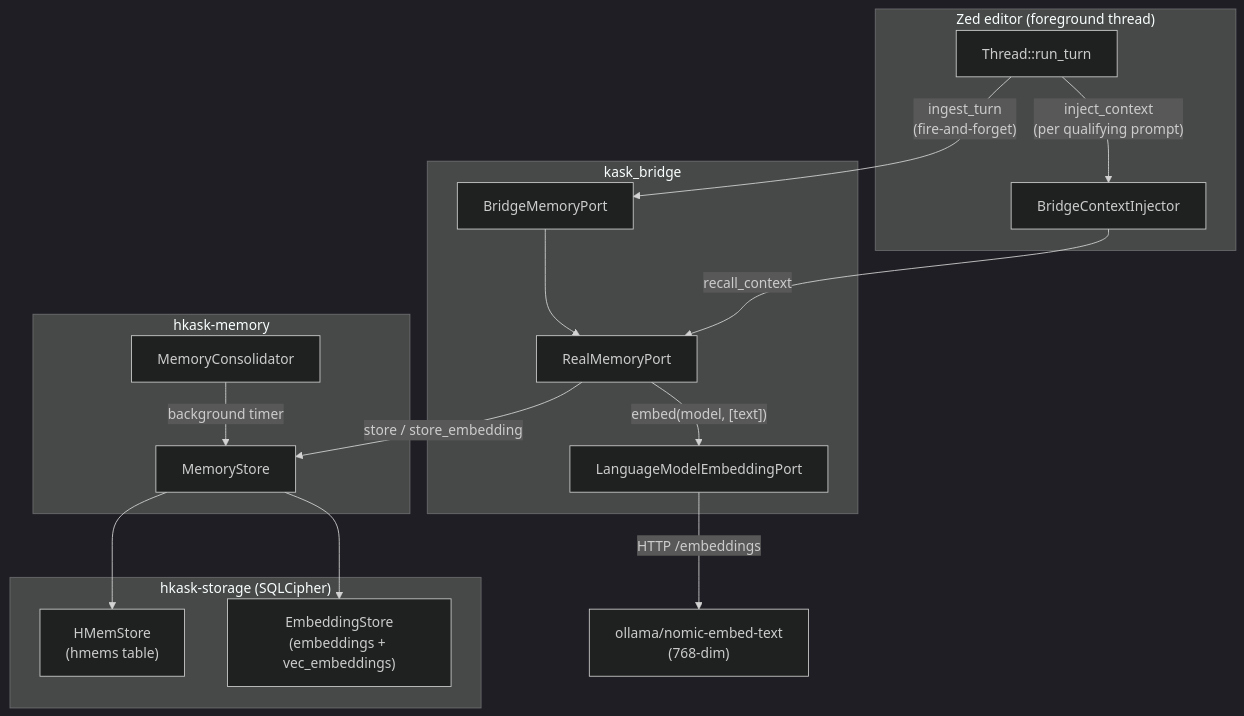
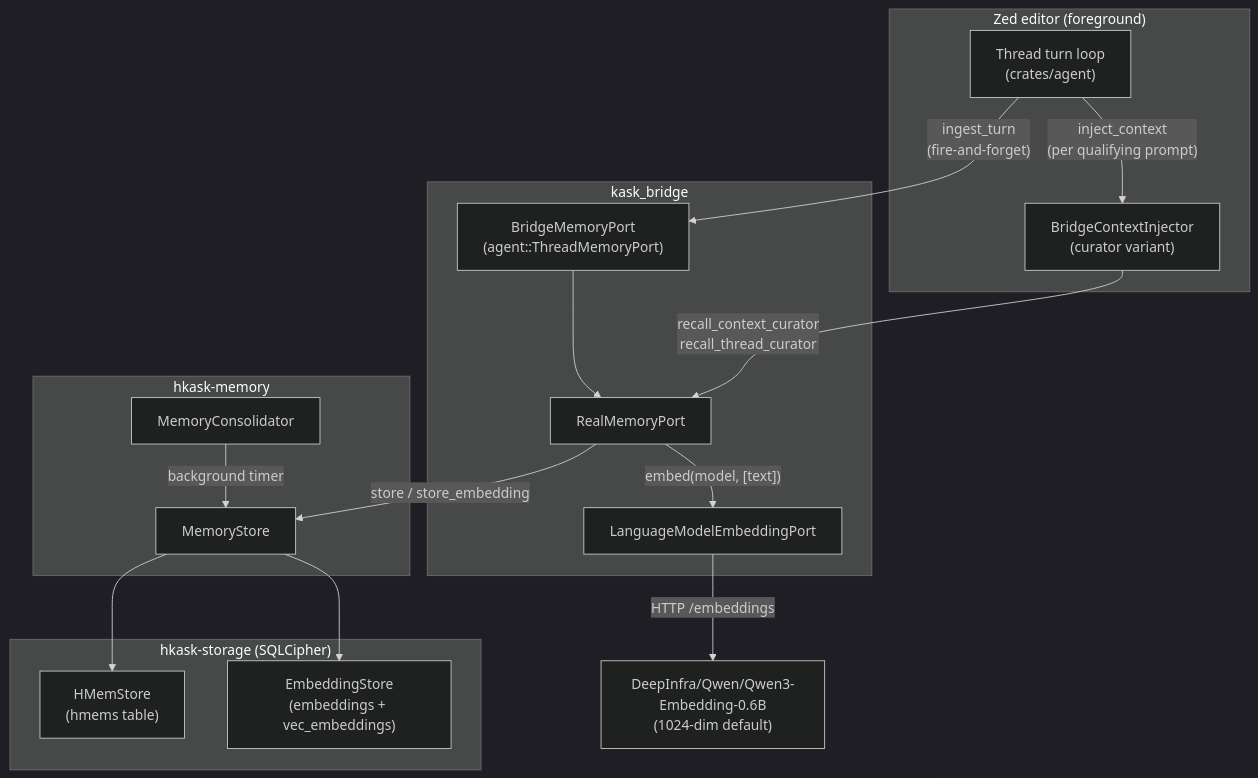
One commit to mdz-axo/zed-kask changed the diagram in kask/docs/architecture/memory-system-specification.md. Above: the diagram before and after it, drawn with Mermaid (dark theme). The commit also changed other lines of this file and 41 other files, not shown here.

````diff
--- a/kask/docs/architecture/memory-system-specification.md
+++ b/kask/docs/architecture/memory-system-specification.md
@@ -49,31 +68,31 @@
 ```mermaid
 flowchart TD
-    subgraph Zed["Zed editor (foreground thread)"]
-        Thread["Thread::run_turn"]
-        Injector["BridgeContextInjector"]
+    subgraph Zed["Zed editor (foreground)"]
+        Thread["Thread turn loop<br/>(crates/agent)"]
+        Injector["BridgeContextInjector<br/>(curator variant)"]
     end
     subgraph Bridge["kask_bridge"]
-        RealMemoryPort["RealMemoryPort"]
+        BridgePort["BridgeMemoryPort<br/>(agent::ThreadMemoryPort)"]
+        RealPort["RealMemoryPort"]
         EmbedPort["LanguageModelEmbeddingPort"]
-        Condenser["BridgeMemoryPort"]
     end
     subgraph Memory["hkask-memory"]
         MemStore["MemoryStore"]
         Consolidator["MemoryConsolidator"]
     end
     subgraph Storage["hkask-storage (SQLCipher)"]
         HMemStore["HMemStore<br/>(hmems table)"]
         EmbedStore["EmbeddingStore<br/>(embeddings + vec_embeddings)"]
     end
 
-    Thread -->|"ingest_turn<br/>(fire-and-forget)"| Condenser
-    Condenser --> RealMemoryPort
+    Thread -->|"ingest_turn<br/>(fire-and-forget)"| BridgePort
+    BridgePort --> RealPort
     Thread -->|"inject_context<br/>(per qualifying prompt)"| Injector
-    Injector -->|"recall_context"| RealMemoryPort
-    RealMemoryPort -->|"store / store_embedding"| MemStore
-    RealMemoryPort -->|"embed(model, [text])"| EmbedPort
-    EmbedPort -->|"HTTP /embeddings"| Provider["ollama/nomic-embed-text<br/>(768-dim)"]
+    Injector -->|"recall_context_curator<br/>recall_thread_curator"| RealPort
+    RealPort -->|"store / store_embedding"| MemStore
+    RealPort -->|"embed(model, [text])"| EmbedPort
+    EmbedPort -->|"HTTP /embeddings"| Provider["DeepInfra/Qwen/Qwen3-Embedding-0.6B<br/>(1024-dim default)"]
     MemStore --> HMemStore
     MemStore --> EmbedStore
     Consolidator -->|"background timer"| MemStore
 ```
````
